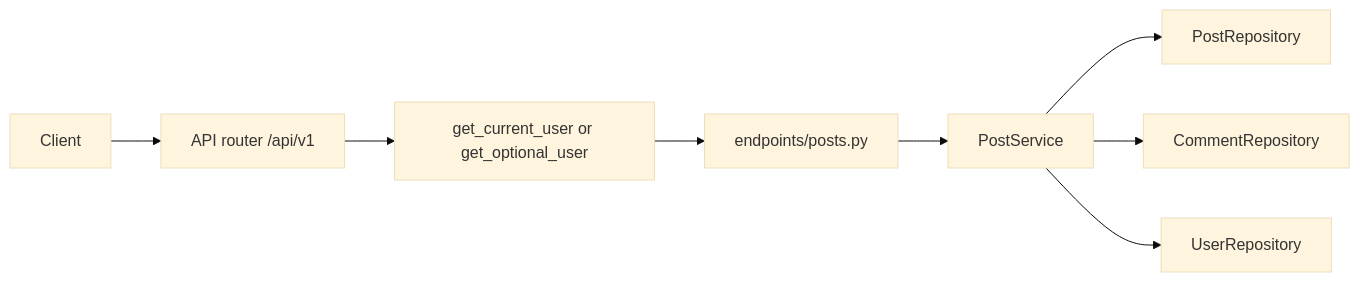
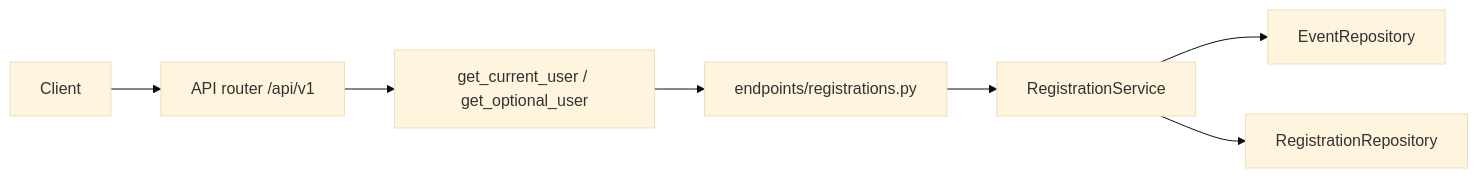
Before and after one commit to poluru-labs/fastapi-realworld-projects: the third of 3 diagrams in intermediate/fastapi-event-registration/README.md, drawn with Mermaid (base theme). The commit also changed other lines of this file and 30 other files, not shown here.

Commit message:
intermediate/fastapi-event-registration end points added for reference

````diff
--- a/intermediate/fastapi-event-registration/README.md
+++ b/intermediate/fastapi-event-registration/README.md
@@ -53,10 +74,9 @@
 ```mermaid
 flowchart LR
   Client --> Router["API router /api/v1"]
-  Router --> Deps["get_current_user or get_optional_user"]
-  Deps --> Endpoint["endpoints/posts.py"]
-  Endpoint --> Service["PostService"]
-  Service --> Posts["PostRepository"]
-  Service --> Comments["CommentRepository"]
-  Service --> Users["UserRepository"]
+  Router --> Deps["get_current_user / get_optional_user"]
+  Deps --> Endpoint["endpoints/registrations.py"]
+  Endpoint --> Service["RegistrationService"]
+  Service --> Events["EventRepository"]
+  Service --> Regs["RegistrationRepository"]
 ```
````
